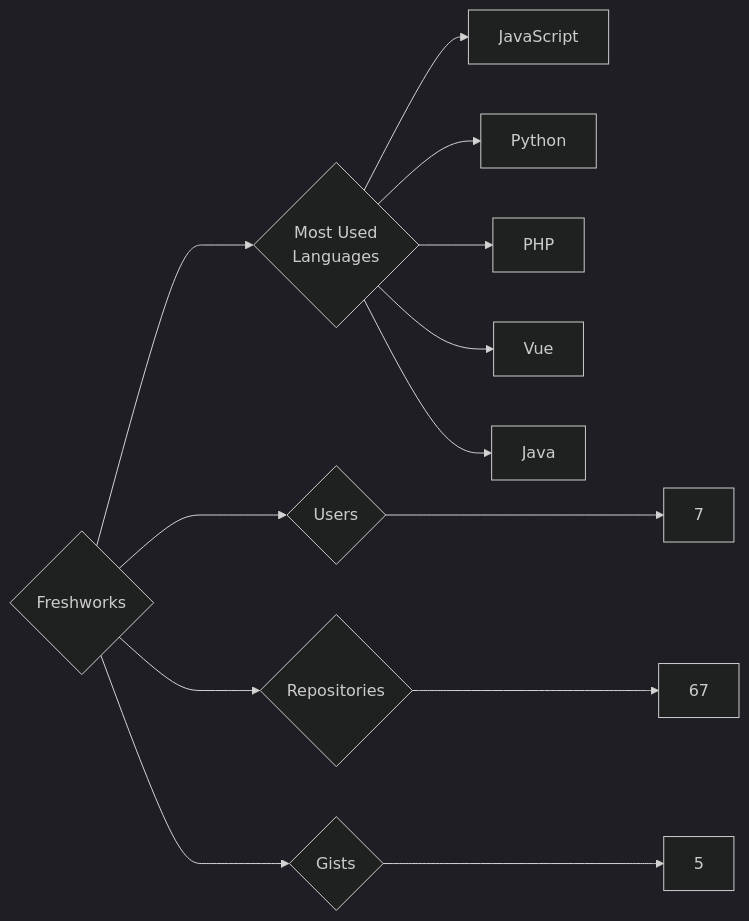
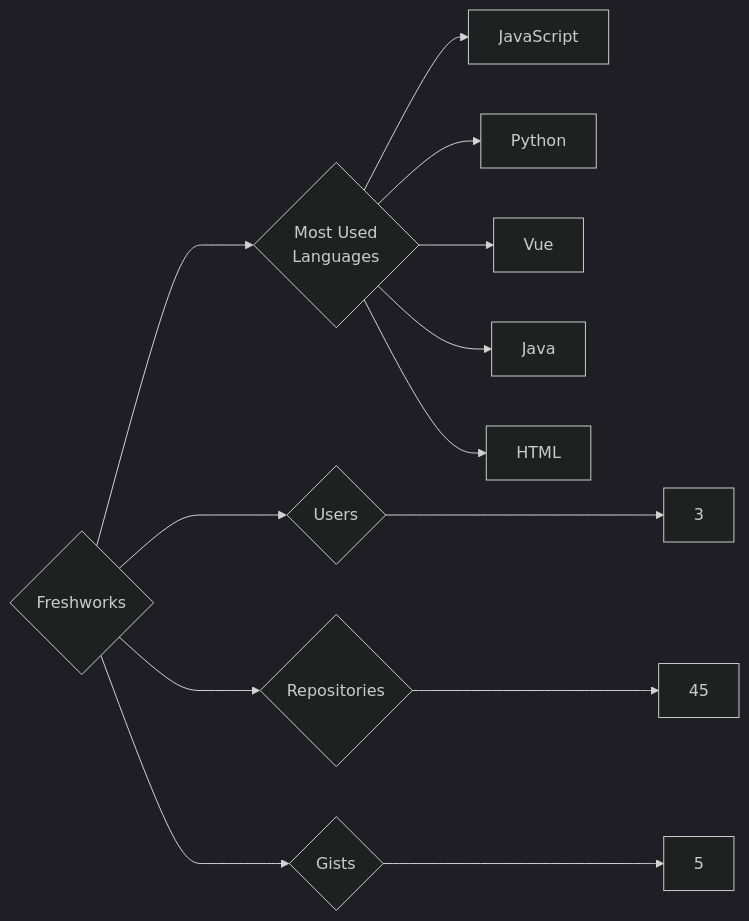
Before and after one commit to trickest/insiders: the diagram in targets/Freshworks/README.md, drawn with Mermaid (dark theme). The commit also changed 1078 other files, not shown here.

````diff
--- a/targets/Freshworks/README.md
+++ b/targets/Freshworks/README.md
@@ -3,13 +3,13 @@
 ```mermaid
 graph LR
 COMPANY_NAME{Freshworks}
-COMPANY_NAME ---> U{Users} ---> UN[7]
-COMPANY_NAME ---> R{Repositories} ---> RN[67]
+COMPANY_NAME ---> U{Users} ---> UN[3]
+COMPANY_NAME ---> R{Repositories} ---> RN[45]
 COMPANY_NAME ---> G{Gists} ---> GN[5]
 COMPANY_NAME ---> ML{Most Used<br>Languages}
 ML --> JavaScript[JavaScript]
 ML --> Python[Python]
-ML --> PHP[PHP]
 ML --> Vue[Vue]
 ML --> Java[Java]
+ML --> HTML[HTML]
 ```
````
